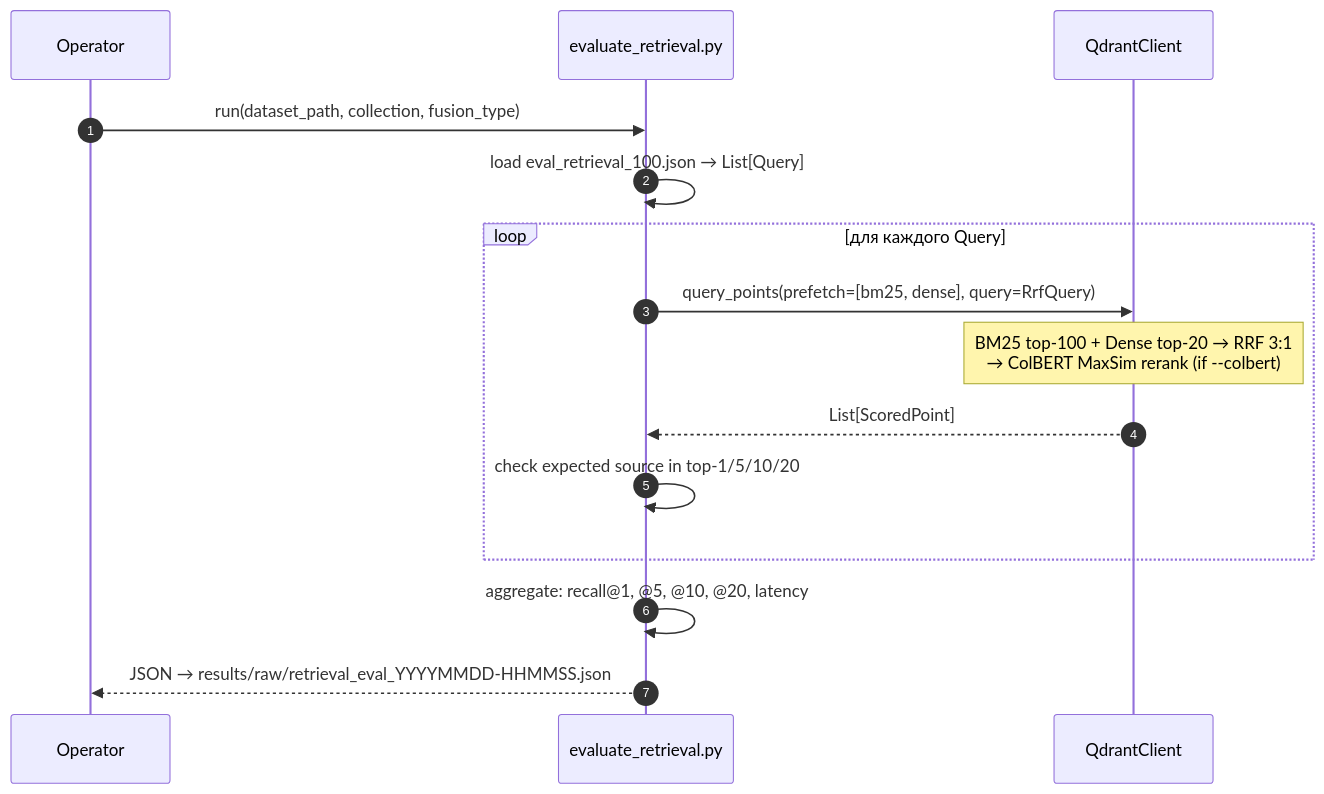
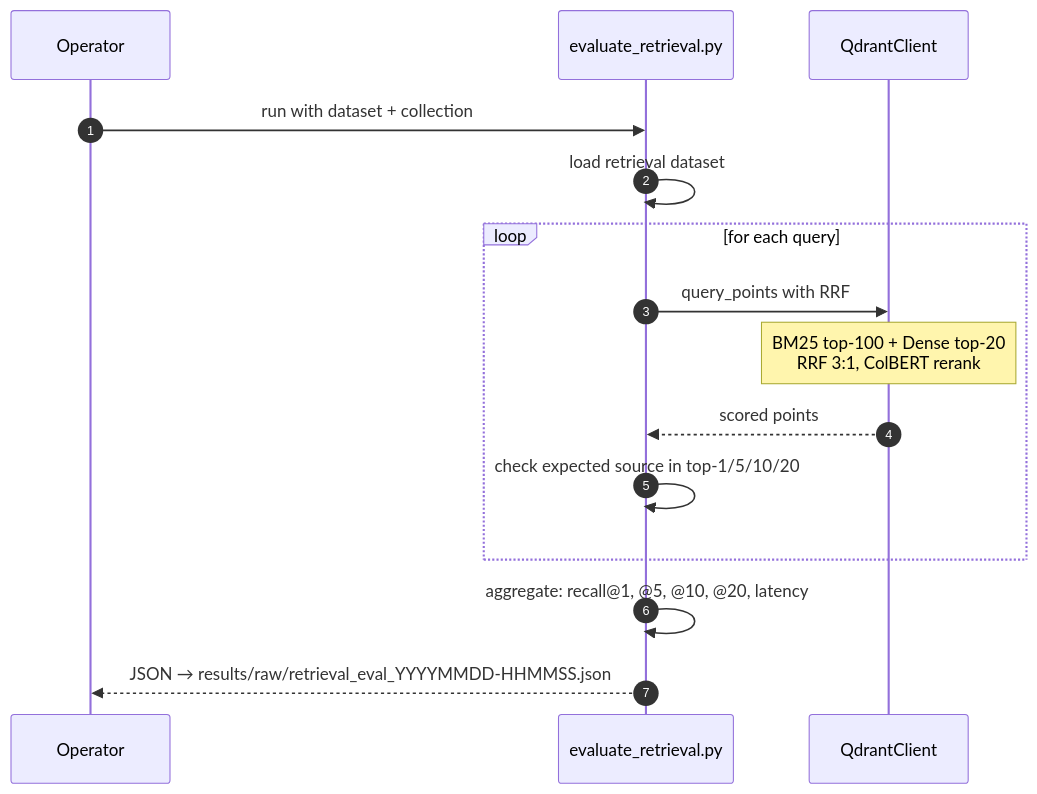
One commit to ezsx/rag_app changed the second of 2 diagrams in docs/architecture/05-flows/FLOW-03-eval.md. Above: the diagram before and after it, drawn with Mermaid. The commit also changed other lines of this file and 4 other files, not shown here.

First line of the commit message:
fix: mermaid diagram syntax in FLOW-01/02/03 + README link to Architecture_ru.md

````diff
--- a/docs/architecture/05-flows/FLOW-03-eval.md
+++ b/docs/architecture/05-flows/FLOW-03-eval.md
@@ -52,21 +52,21 @@
 ```mermaid
 sequenceDiagram
   autonumber
   participant Op as Operator
   participant Runner as evaluate_retrieval.py
   participant Qdrant as QdrantClient
 
-  Op->>Runner: run(dataset_path, collection, fusion_type)
-  Runner->>Runner: load eval_retrieval_100.json → List[Query]
+  Op->>Runner: run with dataset + collection
+  Runner->>Runner: load retrieval dataset
 
-  loop для каждого Query
-    Runner->>Qdrant: query_points(prefetch=[bm25, dense], query=RrfQuery)
-    Note over Qdrant: BM25 top-100 + Dense top-20 → RRF 3:1<br/>→ ColBERT MaxSim rerank (if --colbert)
-    Qdrant-->>Runner: List[ScoredPoint]
+  loop for each query
+    Runner->>Qdrant: query_points with RRF
+    Note over Qdrant: BM25 top-100 + Dense top-20<br/>RRF 3:1, ColBERT rerank
+    Qdrant-->>Runner: scored points
 
     Runner->>Runner: check expected source in top-1/5/10/20
   end
 
   Runner->>Runner: aggregate: recall@1, @5, @10, @20, latency
   Runner-->>Op: JSON → results/raw/retrieval_eval_YYYYMMDD-HHMMSS.json
 ```
````
